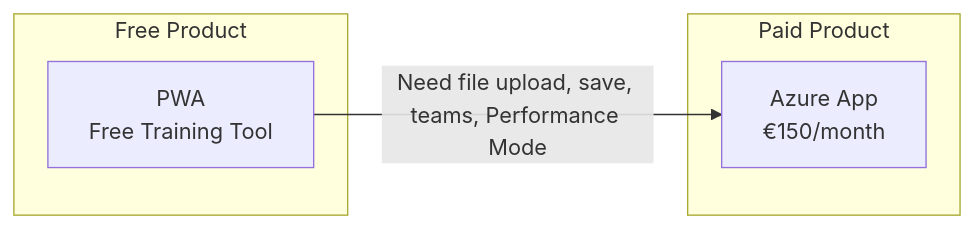
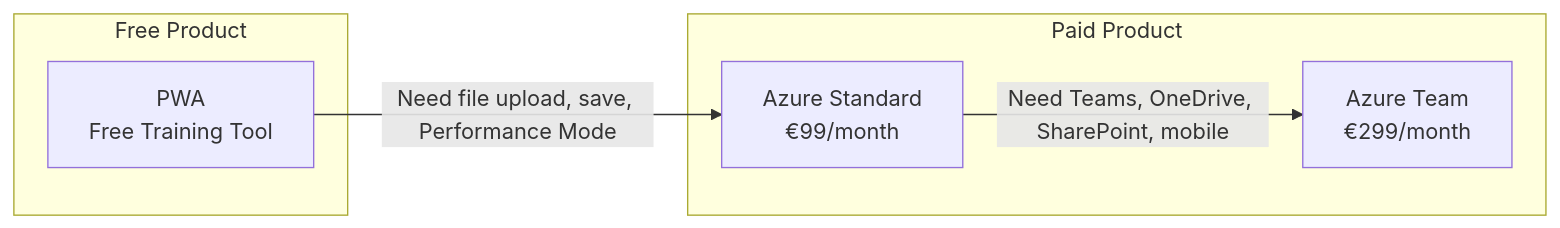
Before and after one commit to jukka-matti/variscout: the diagram in docs/08-products/index.md, drawn with Mermaid. The commit also changed other lines of this file and 44 other files, not shown here.

First line of the commit message:
docs: sweep €150 single-plan pricing → two-plan model (Standard €99, Team €299)

````diff
--- a/docs/08-products/index.md
+++ b/docs/08-products/index.md
@@ -13,12 +13,14 @@
 ```mermaid
 flowchart LR
     subgraph Paid["Paid Product"]
-        A[Azure App<br/>€150/month]
+        A1[Azure Standard<br/>€99/month]
+        A2[Azure Team<br/>€299/month]
     end
 
     subgraph Free["Free Product"]
         C[PWA<br/>Free Training Tool]
     end
 
-    C -->|"Need file upload, save, teams, Performance Mode"| A
+    C -->|"Need file upload, save, Performance Mode"| A1
+    A1 -->|"Need Teams, OneDrive, SharePoint, mobile"| A2
 ```
````
